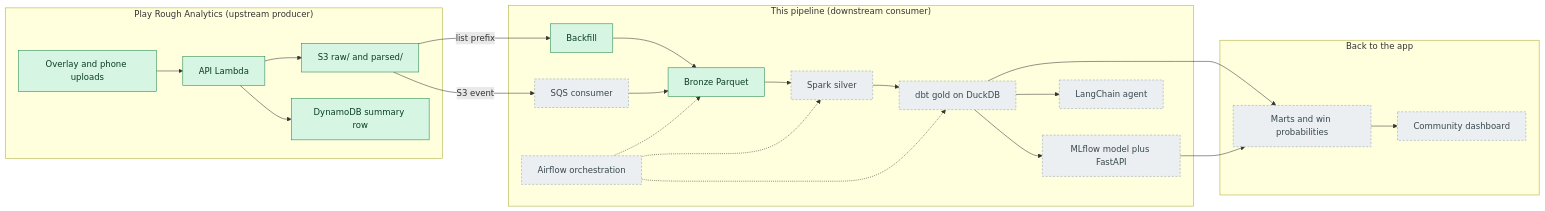
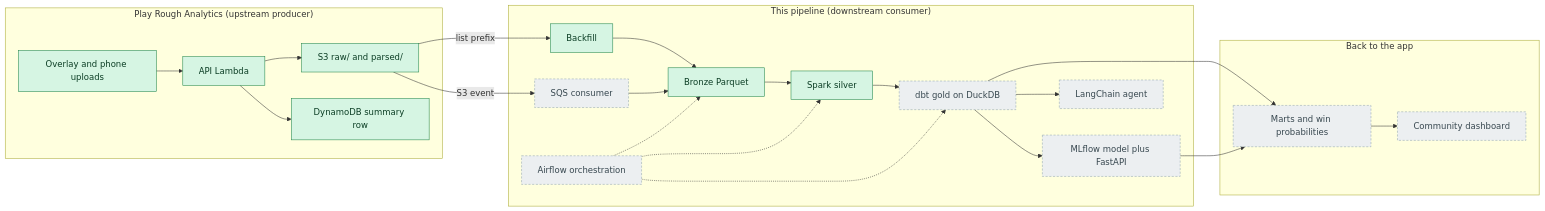
One commit to emilioorozco/pokemon-meta-pipeline changed the diagram in README.md. Above: the diagram before and after it, drawn with Mermaid. The commit also changed other lines of this file and 13 other files, not shown here.

````diff
--- a/README.md
+++ b/README.md
@@ -17,44 +17,44 @@
 ```mermaid
 flowchart LR
   subgraph APP["Play Rough Analytics (upstream producer)"]
     UP["Overlay and phone uploads"]
     API["API Lambda"]
     S3["S3 raw/ and parsed/"]
     DDB["DynamoDB summary row"]
     UP --> API
     API --> S3
     API --> DDB
   end
   subgraph PIPE["This pipeline (downstream consumer)"]
     BF["Backfill"]
     SQS["SQS consumer"]
     BRZ["Bronze Parquet"]
     SLV["Spark silver"]
     GLD["dbt gold on DuckDB"]
     SRV["MLflow model plus FastAPI"]
     AGT["LangChain agent"]
     AIR["Airflow orchestration"]
     BF --> BRZ
     SQS --> BRZ
     BRZ --> SLV
     SLV --> GLD
     GLD --> SRV
     GLD --> AGT
     AIR -.-> BRZ
     AIR -.-> SLV
     AIR -.-> GLD
   end
   subgraph BACK["Back to the app"]
     PUB["Marts and win probabilities"]
     DASH["Community dashboard"]
     PUB --> DASH
   end
   S3 -- "list prefix" --> BF
   S3 -- "S3 event" --> SQS
   GLD --> PUB
   SRV --> PUB
   classDef done fill:#d6f5e3,stroke:#1e8449,color:#0b3d24
   classDef planned fill:#eceff1,stroke:#90a4ae,stroke-dasharray:4 3,color:#37474f
-  class UP,API,S3,DDB,BF,BRZ done
-  class SQS,SLV,GLD,SRV,AGT,AIR,PUB,DASH planned
+  class UP,API,S3,DDB,BF,BRZ,SLV done
+  class SQS,GLD,SRV,AGT,AIR,PUB,DASH planned
 ```
````
